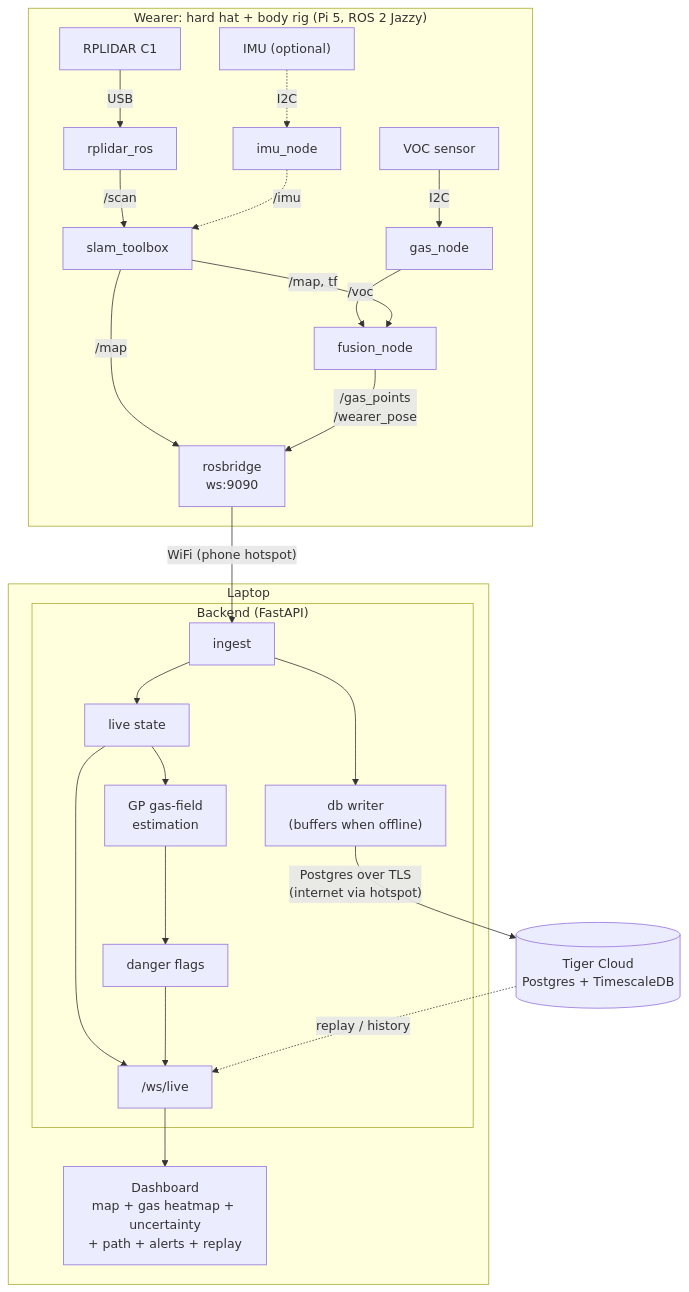
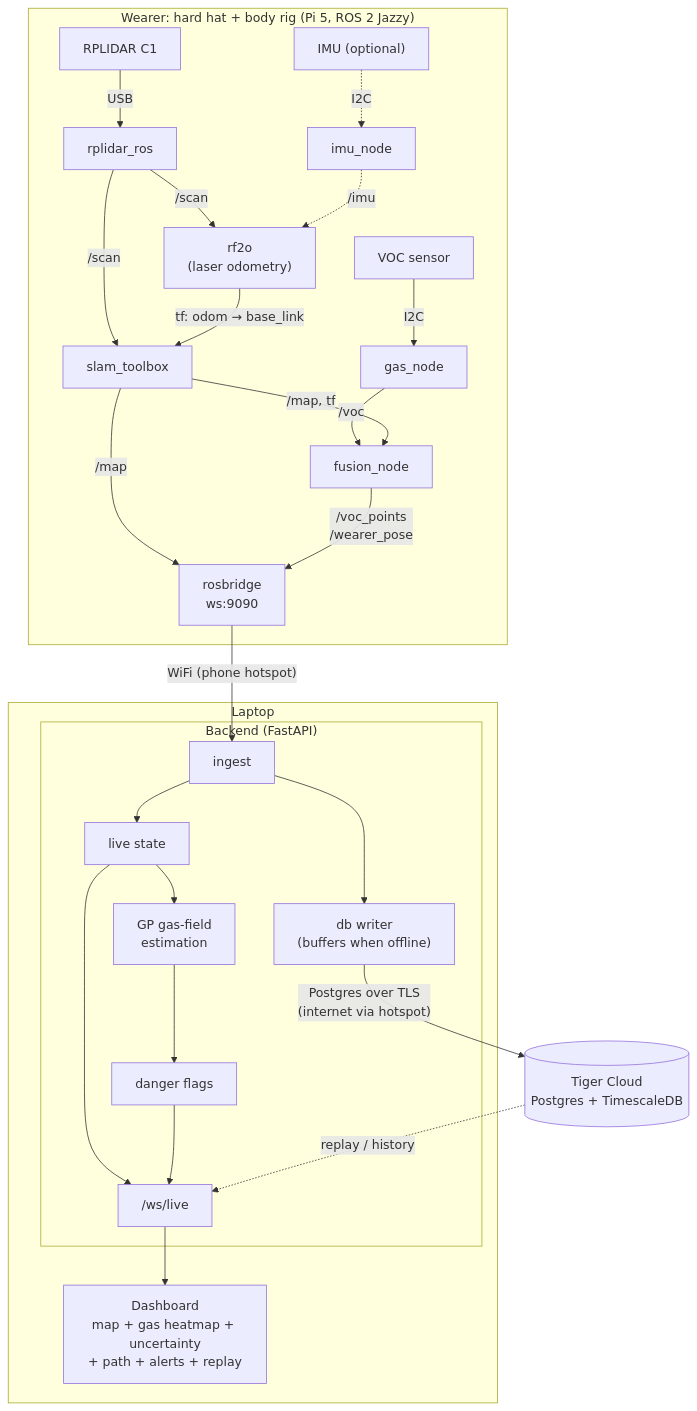
One commit to RichardLi-1/Pyrosense changed the diagram in README.md. Above: the diagram before and after it, drawn with Mermaid. The commit also changed other lines of this file and 3 other files, not shown here.

Commit message:
Fix: change backend to read voc_points rather than gas_points

````diff
--- a/README.md
+++ b/README.md
@@ -127,34 +128,36 @@
 ```mermaid
 flowchart TB
     subgraph wearer["Wearer: hard hat + body rig (Pi 5, ROS 2 Jazzy)"]
         lidar["RPLIDAR C1"] -- USB --> rplidar["rplidar_ros"]
         rplidar -- "/scan" --> slam["slam_toolbox"]
+        rplidar -- "/scan" --> rf2o["rf2o<br/>(laser odometry)"]
+        rf2o -- "tf: odom → base_link" --> slam
         voc["VOC sensor"] -- I2C --> gas["gas_node"]
         gas -- "/voc" --> fusion["fusion_node"]
         slam -- "/map, tf" --> fusion
         imu["IMU (optional)"] -. I2C .-> imunode["imu_node"]
-        imunode -. "/imu" .-> slam
+        imunode -. "/imu" .-> rf2o
         slam -- "/map" --> bridge["rosbridge<br/>ws:9090"]
-        fusion -- "/gas_points<br/>/wearer_pose" --> bridge
+        fusion -- "/voc_points<br/>/wearer_pose" --> bridge
     end
 
     subgraph laptop["Laptop"]
         subgraph backend["Backend (FastAPI)"]
             ingest["ingest"] --> state["live state"]
             state --> est["GP gas-field<br/>estimation"]
             est --> flags["danger flags"]
             ingest --> writer["db writer<br/>(buffers when offline)"]
             hub["/ws/live"]
         end
         dash["Dashboard<br/>map + gas heatmap + uncertainty<br/>+ path + alerts + replay"]
     end
 
     tiger[("Tiger Cloud<br/>Postgres + TimescaleDB")]
 
     bridge -- "WiFi (phone hotspot)" --> ingest
     state --> hub
     flags --> hub
     hub --> dash
     writer -- "Postgres over TLS<br/>(internet via hotspot)" --> tiger
     tiger -. "replay / history" .-> hub
 ```
````
